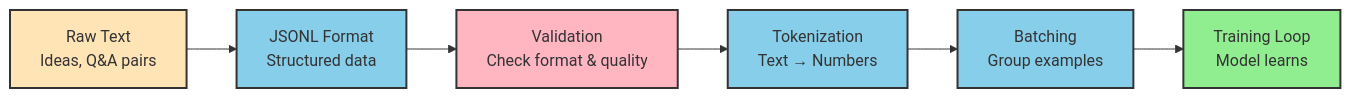
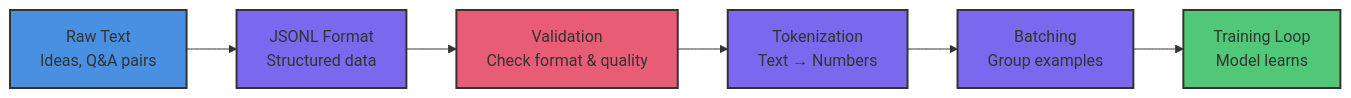
The third of 3 diagrams in content/lessons/ct2-dataset-fundamentals.md (tenstorrent/tt-vscode-toolkit), drawn with Mermaid before and after one commit. The commit also changed other lines of this file and 9 other files, not shown here.

````diff
--- a/content/lessons/ct2-dataset-fundamentals.md
+++ b/content/lessons/ct2-dataset-fundamentals.md
@@ -352,15 +352,15 @@
 ```mermaid
 graph LR
     A[Raw Text<br/>Ideas, Q&A pairs] --> B[JSONL Format<br/>Structured data]
     B --> C[Validation<br/>Check format & quality]
     C --> D[Tokenization<br/>Text → Numbers]
     D --> E[Batching<br/>Group examples]
     E --> F[Training Loop<br/>Model learns]
 
-    style A fill:#FFE4B5,stroke:#333,stroke-width:2px
-    style B fill:#87CEEB,stroke:#333,stroke-width:2px
-    style C fill:#FFB6C1,stroke:#333,stroke-width:2px
-    style D fill:#87CEEB,stroke:#333,stroke-width:2px
-    style E fill:#87CEEB,stroke:#333,stroke-width:2px
-    style F fill:#90EE90,stroke:#333,stroke-width:2px
+    style A fill:#4A90E2,stroke:#333,stroke-width:2px
+    style B fill:#7B68EE,stroke:#333,stroke-width:2px
+    style C fill:#E85D75,stroke:#333,stroke-width:2px
+    style D fill:#7B68EE,stroke:#333,stroke-width:2px
+    style E fill:#7B68EE,stroke:#333,stroke-width:2px
+    style F fill:#50C878,stroke:#333,stroke-width:2px
 ```
````
